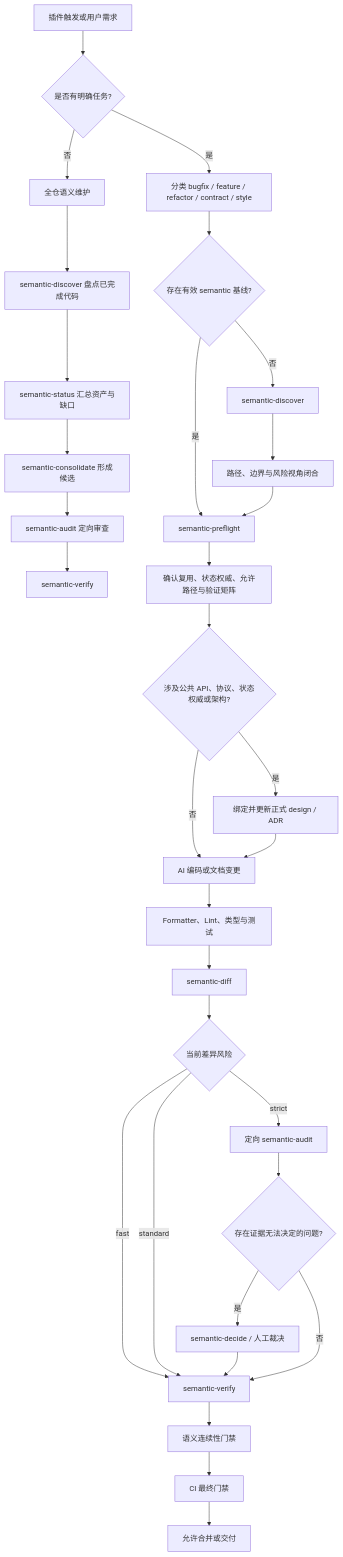
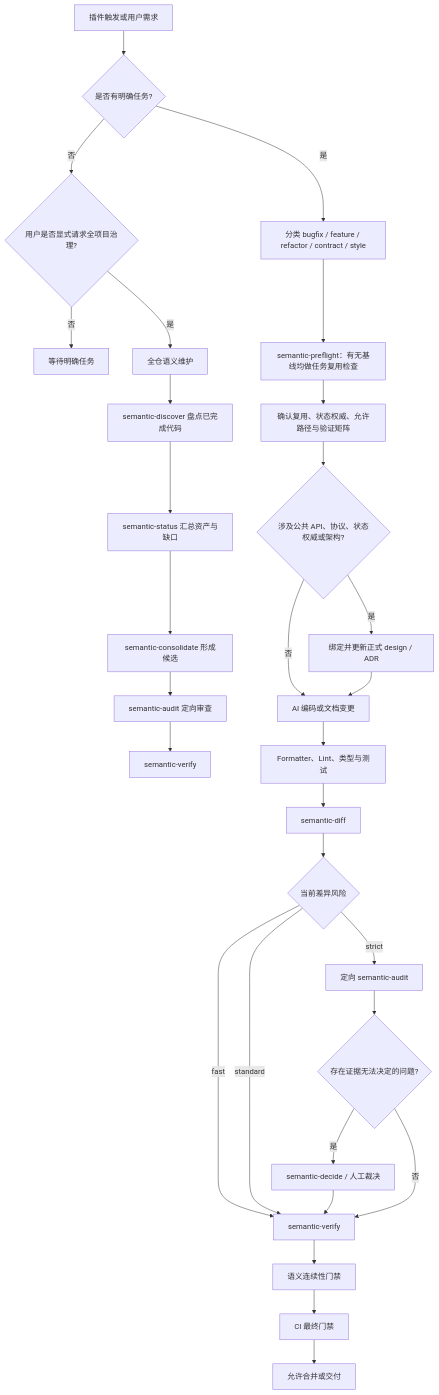
One commit to EchoYue-lp/echo-semantic changed the second of 11 diagrams in docs/supreme/specs/plugin-architecture/design.md. Above: the diagram before and after it, drawn with Mermaid. The commit also changed other lines of this file and 43 other files, not shown here.

````diff
--- a/docs/supreme/specs/plugin-architecture/design.md
+++ b/docs/supreme/specs/plugin-architecture/design.md
@@ -197,34 +199,32 @@
 ```mermaid
 flowchart TD
   Request[插件触发或用户需求] --> Scope{是否有明确任务?}
-  Scope -- 否 --> Maintenance[全仓语义维护]
+  Scope -- 否 --> Explicit{用户是否显式请求全项目治理?}
+  Explicit -- 否 --> Wait[等待明确任务]
+  Explicit -- 是 --> Maintenance[全仓语义维护]
   Scope -- 是 --> Classify[分类 bugfix / feature / refactor / contract / style]
   Maintenance --> DiscoverAll[semantic-discover 盘点已完成代码]
   DiscoverAll --> StatusAll[semantic-status 汇总资产与缺口]
   StatusAll --> ConsolidateAll[semantic-consolidate 形成候选]
   ConsolidateAll --> AuditAll[semantic-audit 定向审查]
   AuditAll --> VerifyAll[semantic-verify]
-  Classify --> Baseline{存在有效 semantic 基线?}
-  Baseline -- 否 --> Discover[semantic-discover]
-  Discover --> BaselineReady[路径、边界与风险视角闭合]
-  Baseline -- 是 --> Preflight
-  BaselineReady --> Preflight[semantic-preflight]
+  Classify --> Preflight[semantic-preflight：有无基线均做任务复用检查]
   Preflight --> Reuse[确认复用、状态权威、允许路径与验证矩阵]
   Reuse --> Architecture{涉及公共 API、协议、状态权威或架构?}
   Architecture -- 是 --> Authority[绑定并更新正式 design / ADR]
   Architecture -- 否 --> Coding[AI 编码或文档变更]
   Authority --> Coding
   Coding --> Engineering[Formatter、Lint、类型与测试]
   Engineering --> Diff[semantic-diff]
   Diff --> Risk{当前差异风险}
   Risk -- fast --> Verify[semantic-verify]
   Risk -- standard --> Verify
   Risk -- strict --> Audit[定向 semantic-audit]
   Audit --> Decision{存在证据无法决定的问题?}
   Decision -- 是 --> Human[semantic-decide / 人工裁决]
   Human --> Verify
   Decision -- 否 --> Verify
   Verify --> Continuity[语义连续性门禁]
   Continuity --> CI[CI 最终门禁]
   CI --> Done[允许合并或交付]
 ```
````
